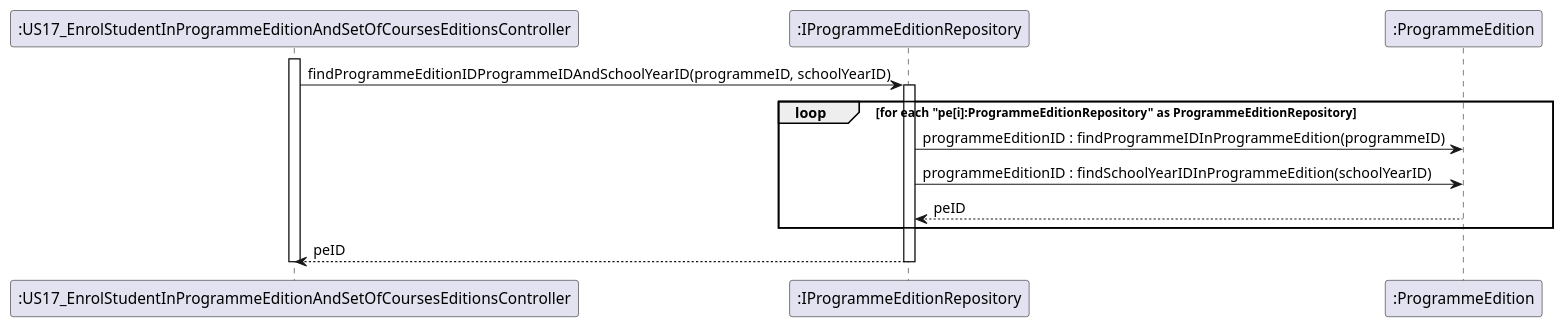
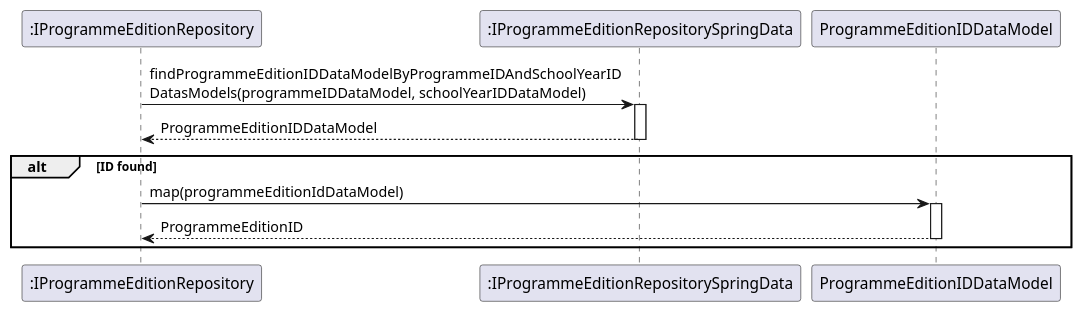
Before and after one commit to GasparISEP/DevOps-PAI: the diagram in docs/US17/references/findProgrammeEditionIDByProgrammeIDAndSchoolYearID.puml, drawn with PlantUML.

Commit message:
[docs]: Update findProgrammeEditionIDByProgrammeIDAndSchoolYearID.puml sequence diagram REF to reflect JPA SB, #365 #348 #393 #400

```diff
--- a/docs/US17/references/findProgrammeEditionIDByProgrammeIDAndSchoolYearID.puml
+++ b/docs/US17/references/findProgrammeEditionIDByProgrammeIDAndSchoolYearID.puml
@@ -1,16 +1,18 @@
 @startuml
-participant ":US17_EnrolStudentInProgrammeEditionAndSetOfCoursesEditionsController" as Controller
-activate Controller
 participant ":IProgrammeEditionRepository" as ProgrammeEditionRepository
-Controller -> ProgrammeEditionRepository : findProgrammeEditionIDProgrammeIDAndSchoolYearID(programmeID, schoolYearID)
-activate ProgrammeEditionRepository
-participant ":ProgrammeEdition" as ProgrammeEdition
-loop for each "pe[i]:ProgrammeEditionRepository" as ProgrammeEditionRepository
-ProgrammeEditionRepository -> ProgrammeEdition : programmeEditionID : findProgrammeIDInProgrammeEdition(programmeID)
-ProgrammeEditionRepository -> ProgrammeEdition : programmeEditionID : findSchoolYearIDInProgrammeEdition(schoolYearID)
-ProgrammeEdition --> ProgrammeEditionRepository : peID
+participant ":IProgrammeEditionRepositorySpringData" as ProgrammeEditionRepositorySpringData
+
+
+ProgrammeEditionRepository -> ProgrammeEditionRepositorySpringData : findProgrammeEditionIDDataModelByProgrammeIDAndSchoolYearID\nDatasModels(programmeIDDataModel, schoolYearIDDataModel)
+activate ProgrammeEditionRepositorySpringData
+ProgrammeEditionRepositorySpringData --> ProgrammeEditionRepository : ProgrammeEditionIDDataModel
+deactivate ProgrammeEditionRepositorySpringData
+
+alt ID found
+    ProgrammeEditionRepository -> ProgrammeEditionIDDataModel : map(programmeEditionIdDataModel)
+    activate ProgrammeEditionIDDataModel
+    ProgrammeEditionIDDataModel --> ProgrammeEditionRepository : ProgrammeEditionID
+    deactivate ProgrammeEditionIDDataModel
+
 end
-ProgrammeEditionRepository --> Controller :  peID
-deactivate ProgrammeEditionRepository
-deactivate Controller
 @enduml
```
